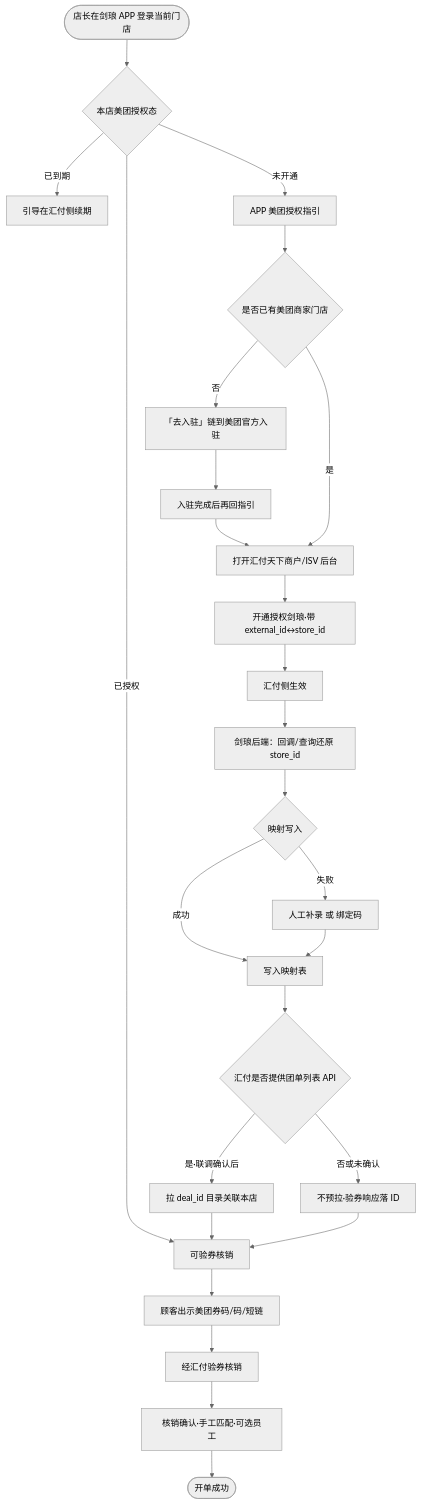
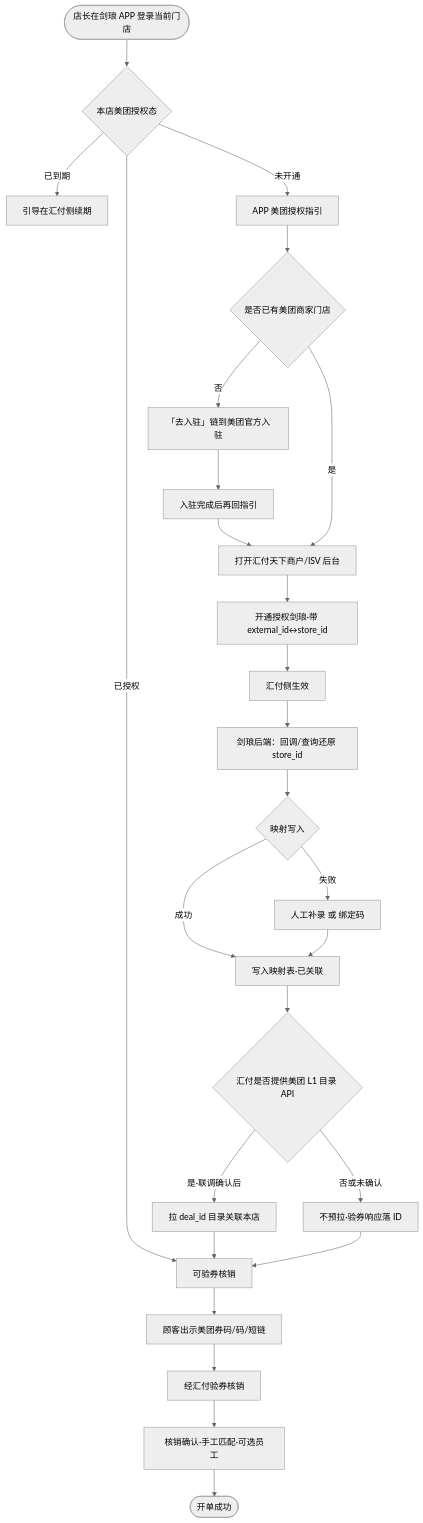
The fourth of 5 diagrams in PRD-团购核销.md (XDean-Designer/tiktok), drawn with Mermaid (neutral theme) before and after one commit. The commit also changed other lines of this file and 71 other files, not shown here.

````diff
--- a/PRD-团购核销.md
+++ b/PRD-团购核销.md
@@ -1020,30 +1045,30 @@
 ```mermaid
 flowchart TD
   M0([店长在剑琅 APP 登录当前门店]) --> M1{本店美团授权态}
   M1 -->|已授权| M9[可验券核销]
   M1 -->|已到期| M2[引导在汇付侧续期]
   M1 -->|未开通| M3[APP 美团授权指引]
 
   M3 --> M4{是否已有美团商家门店}
   M4 -->|否| M4a[「去入驻」链到美团官方入驻]
   M4a --> M4b[入驻完成后再回指引]
   M4b --> M5
   M4 -->|是| M5[打开汇付天下商户/ISV 后台]
 
   M5 --> M6[开通授权剑琅·带 external_id↔store_id]
   M6 --> M7[汇付侧生效]
   M7 --> C1[剑琅后端：回调/查询还原 store_id]
   C1 --> C2{映射写入}
-  C2 -->|成功| C3[写入映射表]
+  C2 -->|成功| C3[写入映射表·已关联]
   C2 -->|失败| C4[人工补录 或 绑定码]
   C4 --> C3
-  C3 --> C5{汇付是否提供团单列表 API}
+  C3 --> C5{汇付是否提供美团 L1 目录 API}
   C5 -->|是·联调确认后| C6[拉 deal_id 目录关联本店]
   C5 -->|否或未确认| C7[不预拉·验券响应落 ID]
   C6 --> M9
   C7 --> M9
   M9 --> M10[顾客出示美团券码/码/短链]
   M10 --> M11[经汇付验券核销]
   M11 --> M12[核销确认·手工匹配·可选员工]
   M12 --> M13([开单成功])
 ```
````
